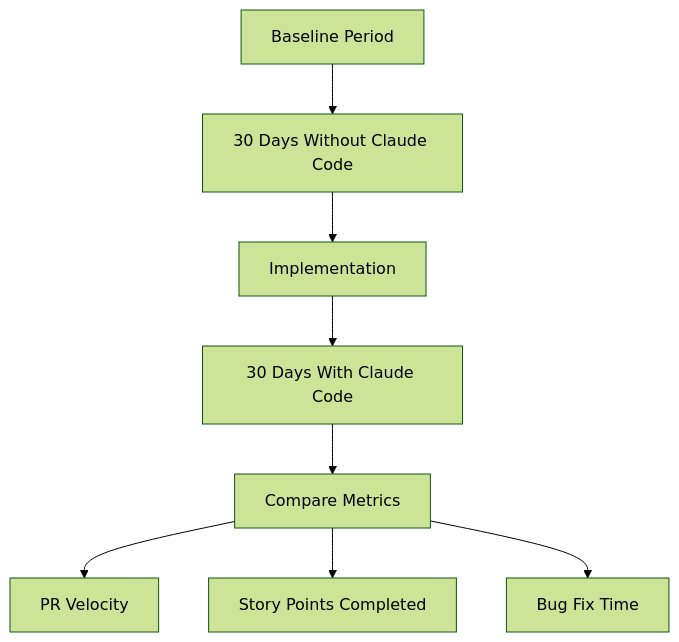
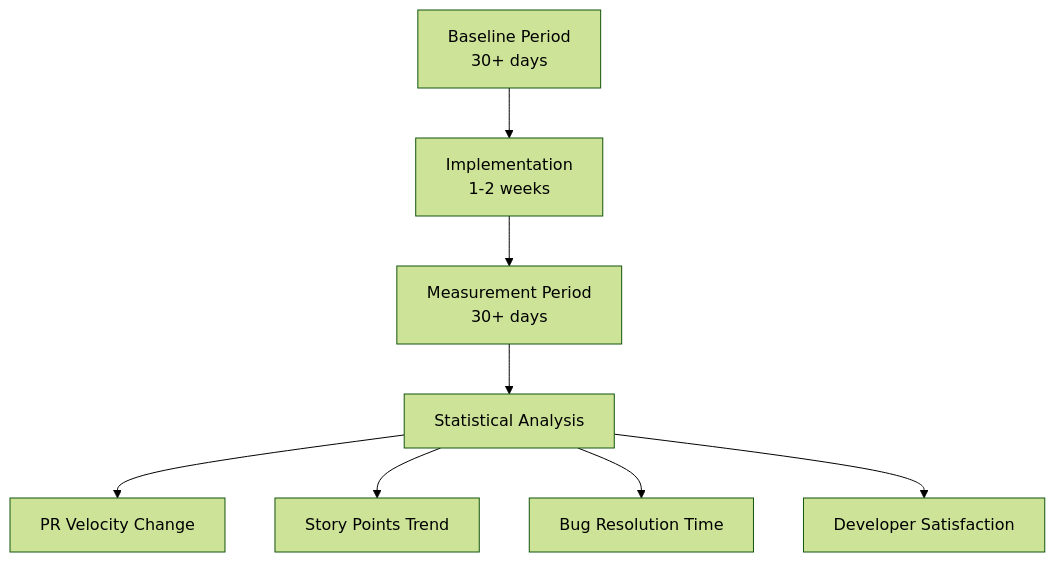
The third of 3 diagrams in claude_code_roi_full.md (katchu11/claude-code-guide), drawn with Mermaid (forest theme) before and after one commit. The commit also changed other lines of this file, not shown here.

Commit message:
Improve productivity metrics and remove ROI speculation

````diff
--- a/claude_code_roi_full.md
+++ b/claude_code_roi_full.md
@@ -245,10 +283,10 @@
 ```mermaid
 graph TD
-    A[Baseline Period] --> B[30 Days Without Claude Code]
-    B --> C[Implementation]
-    C --> D[30 Days With Claude Code]
-    D --> E[Compare Metrics]
-    E --> F[PR Velocity]
-    E --> G[Story Points Completed]
-    E --> H[Bug Fix Time]
+    A[Baseline Period<br/>30+ days] --> B[Implementation<br/>1-2 weeks]
+    B --> C[Measurement Period<br/>30+ days]
+    C --> D[Statistical Analysis]
+    D --> E[PR Velocity Change]
+    D --> F[Story Points Trend]
+    D --> G[Bug Resolution Time]
+    D --> H[Developer Satisfaction]
 ```
````
